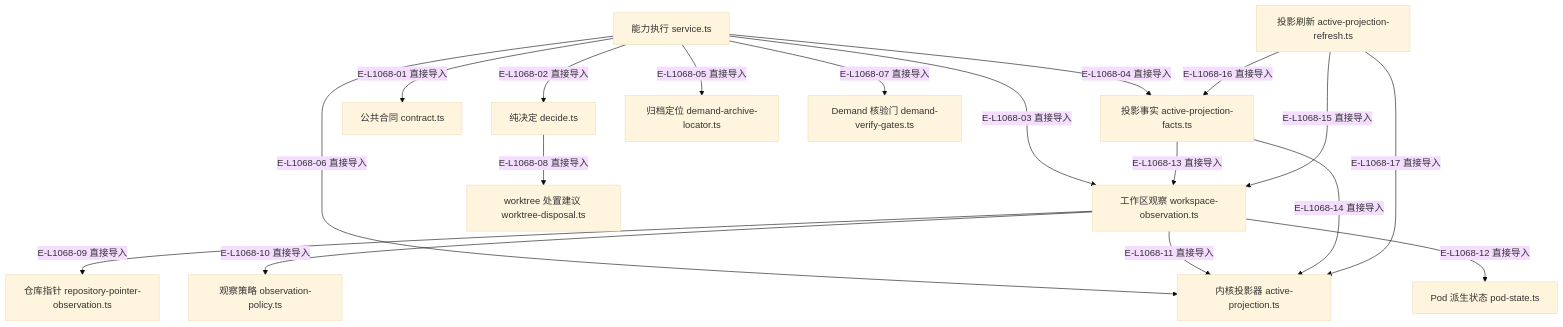
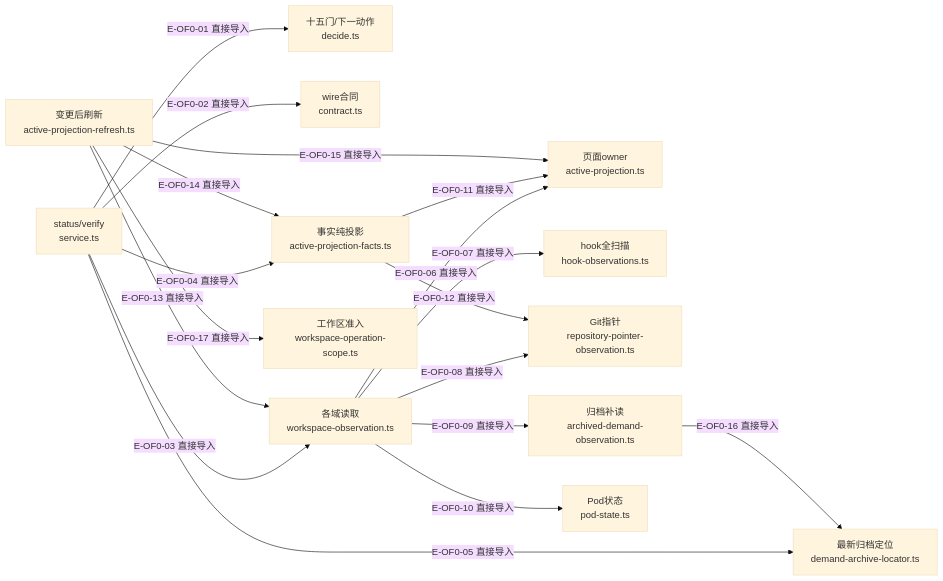
The diagram in wakeflow-architecture-atlas/maps/16-observation/file-dependencies.md (GxFn/Wakeflow), drawn with Mermaid (base theme) before and after one commit. The commit also changed other lines of this file and 76 other files, not shown here.

First line of the commit message:
docs(atlas): refresh architecture maps for the rc.5 codebase

````diff
--- a/wakeflow-architecture-atlas/maps/16-observation/file-dependencies.md
+++ b/wakeflow-architecture-atlas/maps/16-observation/file-dependencies.md
@@ -51,35 +60,35 @@
 ```mermaid
-flowchart TB
-  accTitle: Observation 的精选直接导入
-  accDescr: observation 切片、治理观察模块与内核投影器之间的直接导入，不把静态依赖解释成运行调用。
-  f1["能力执行 service.ts"]
-  f2["纯决定 decide.ts"]
-  f3["公共合同 contract.ts"]
-  f4["工作区观察 workspace-observation.ts"]
-  f5["投影事实 active-projection-facts.ts"]
-  f6["投影刷新 active-projection-refresh.ts"]
-  f7["仓库指针 repository-pointer-observation.ts"]
-  f8["观察策略 observation-policy.ts"]
-  f9["归档定位 demand-archive-locator.ts"]
-  f10["内核投影器 active-projection.ts"]
-  f11["Demand 核验门 demand-verify-gates.ts"]
-  f12["Pod 派生状态 pod-state.ts"]
-  f13["worktree 处置建议 worktree-disposal.ts"]
-  f1 -->|"E-L1068-01 直接导入"| f3
-  f1 -->|"E-L1068-02 直接导入"| f2
-  f1 -->|"E-L1068-03 直接导入"| f4
-  f1 -->|"E-L1068-04 直接导入"| f5
-  f1 -->|"E-L1068-05 直接导入"| f9
-  f1 -->|"E-L1068-06 直接导入"| f10
-  f1 -->|"E-L1068-07 直接导入"| f11
-  f2 -->|"E-L1068-08 直接导入"| f13
-  f4 -->|"E-L1068-09 直接导入"| f7
-  f4 -->|"E-L1068-10 直接导入"| f8
-  f4 -->|"E-L1068-11 直接导入"| f10
-  f4 -->|"E-L1068-12 直接导入"| f12
-  f5 -->|"E-L1068-13 直接导入"| f4
-  f5 -->|"E-L1068-14 直接导入"| f10
-  f6 -->|"E-L1068-15 直接导入"| f4
-  f6 -->|"E-L1068-16 直接导入"| f5
-  f6 -->|"E-L1068-17 直接导入"| f10
+flowchart LR
+  accTitle: Observation：读取、纯判断与独立刷新依赖
+  accDescr: 文件直接import关系的审阅精选视图，运行调用与状态分支在独立页面。
+  f0["status/verify<br/>service.ts"]
+  f1["十五门/下一动作<br/>decide.ts"]
+  f2["wire合同<br/>contract.ts"]
+  f3["各域读取<br/>workspace-observation.ts"]
+  f4["事实纯投影<br/>active-projection-facts.ts"]
+  f5["变更后刷新<br/>active-projection-refresh.ts"]
+  f6["页面owner<br/>active-projection.ts"]
+  f7["hook全扫描<br/>hook-observations.ts"]
+  f8["Git指针<br/>repository-pointer-observation.ts"]
+  f9["归档补读<br/>archived-demand-observation.ts"]
+  f10["最新归档定位<br/>demand-archive-locator.ts"]
+  f11["Pod状态<br/>pod-state.ts"]
+  f12["工作区准入<br/>workspace-operation-scope.ts"]
+  f0 -->|"E-OF0-01 直接导入"| f1
+  f0 -->|"E-OF0-02 直接导入"| f2
+  f0 -->|"E-OF0-03 直接导入"| f3
+  f0 -->|"E-OF0-04 直接导入"| f4
+  f0 -->|"E-OF0-05 直接导入"| f10
+  f3 -->|"E-OF0-06 直接导入"| f6
+  f3 -->|"E-OF0-07 直接导入"| f7
+  f3 -->|"E-OF0-08 直接导入"| f8
+  f3 -->|"E-OF0-09 直接导入"| f9
+  f3 -->|"E-OF0-10 直接导入"| f11
+  f4 -->|"E-OF0-11 直接导入"| f6
+  f4 -->|"E-OF0-12 直接导入"| f8
+  f5 -->|"E-OF0-13 直接导入"| f3
+  f5 -->|"E-OF0-14 直接导入"| f4
+  f5 -->|"E-OF0-15 直接导入"| f6
+  f9 -->|"E-OF0-16 直接导入"| f10
+  f5 -->|"E-OF0-17 直接导入"| f12
 ```
````
